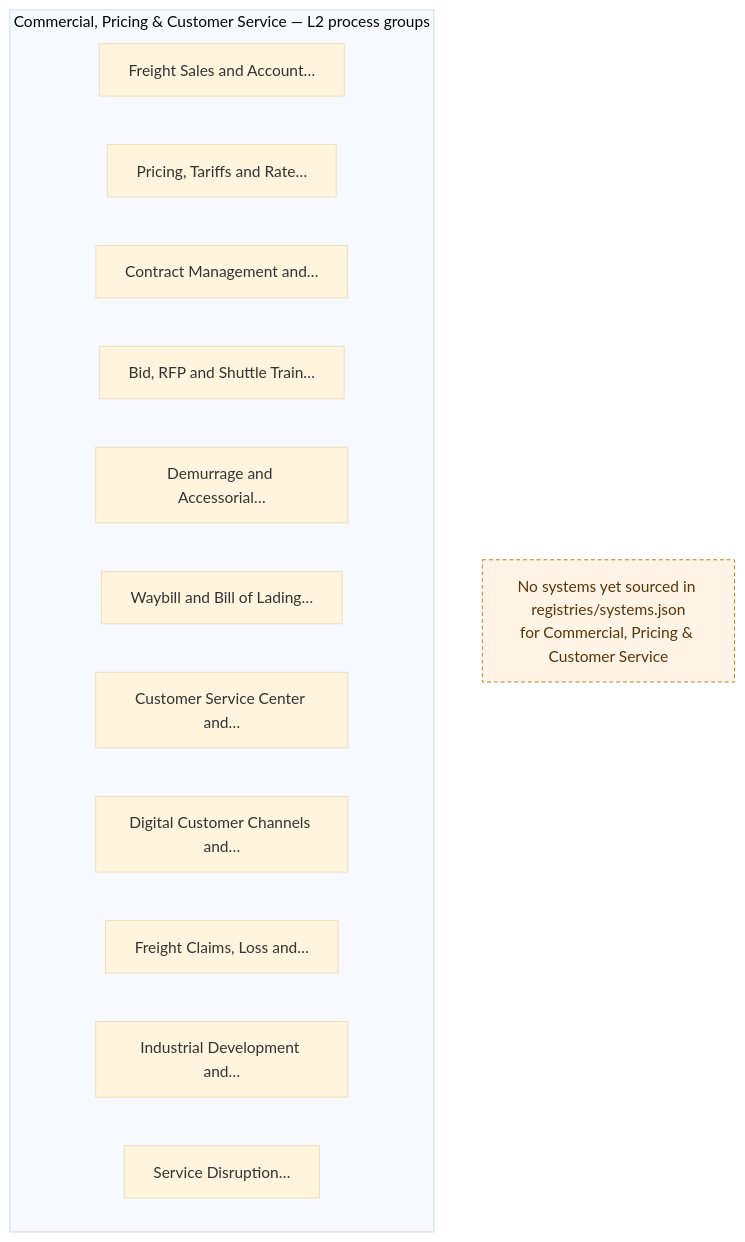
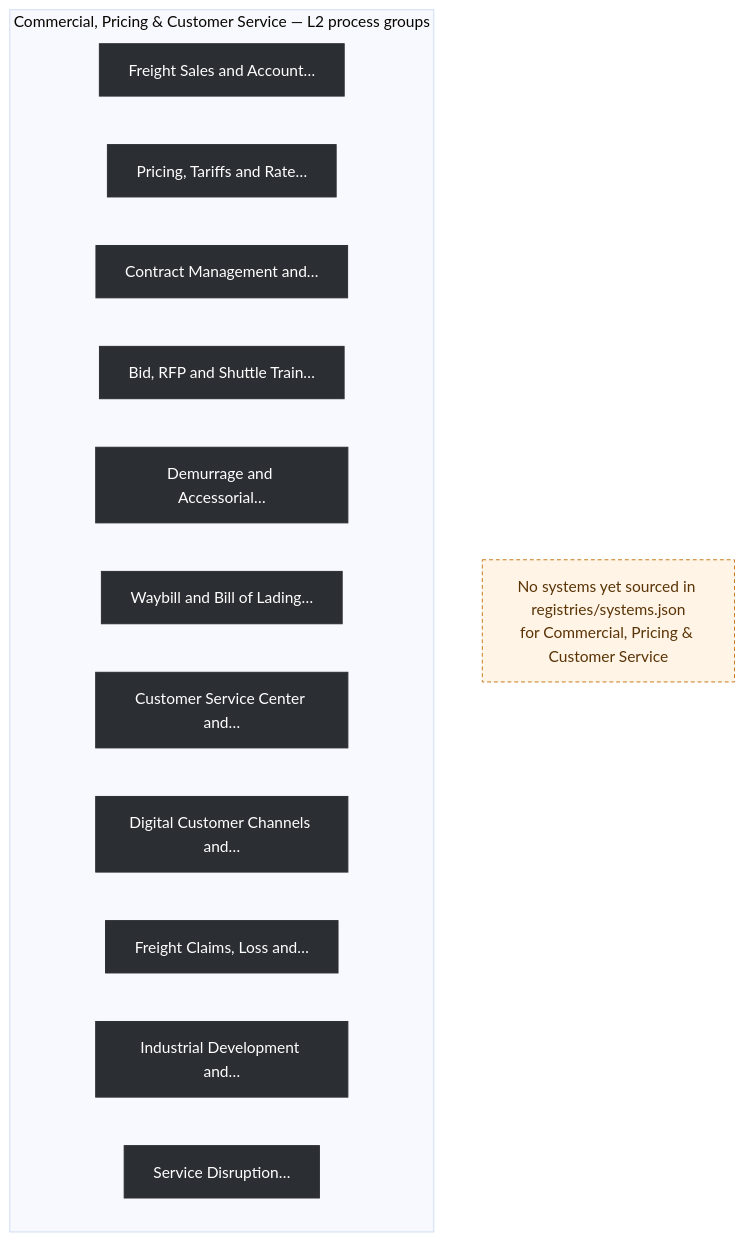
Before and after one commit to ghatk047/rail-wiki: the diagram in ea-diagrams/rr-10-commercial-pricing-customer-service.mmd, drawn with Mermaid. The commit also changed 474 other files, not shown here.

First line of the commit message:
Fix blurry lightbox zoom; add real usage connectors to EA diagrams

```diff
--- a/ea-diagrams/rr-10-commercial-pricing-customer-service.mmd
+++ b/ea-diagrams/rr-10-commercial-pricing-customer-service.mmd
@@ -1,24 +1,27 @@
 %%{init: {'flowchart': {'curve': 'basis'}, 'theme':'base'}}%%
 flowchart TB
 
   subgraph PROCS["Commercial, Pricing & Customer Service — L2 process groups"]
     direction LR
-    G1["Freight Sales and Account…"]
-    G2["Pricing, Tariffs and Rate…"]
-    G3["Contract Management and…"]
-    G4["Bid, RFP and Shuttle Train…"]
-    G5["Demurrage and Accessorial…"]
-    G6["Waybill and Bill of Lading…"]
-    G7["Customer Service Center and…"]
-    G8["Digital Customer Channels and…"]
-    G9["Freight Claims, Loss and…"]
-    G10["Industrial Development and…"]
-    G11["Service Disruption…"]
+    G1["Freight Sales and Account…"]:::l2
+    G2["Pricing, Tariffs and Rate…"]:::l2
+    G3["Contract Management and…"]:::l2
+    G4["Bid, RFP and Shuttle Train…"]:::l2
+    G5["Demurrage and Accessorial…"]:::l2
+    G6["Waybill and Bill of Lading…"]:::l2
+    G7["Customer Service Center and…"]:::l2
+    G8["Digital Customer Channels and…"]:::l2
+    G9["Freight Claims, Loss and…"]:::l2
+    G10["Industrial Development and…"]:::l2
+    G11["Service Disruption…"]:::l2
   end
 
   NONE["No systems yet sourced in registries/systems.json\nfor Commercial, Pricing & Customer Service"]:::empty
 
+  %% No generated process yet cites a system in this domain -- no usage edges to draw
+
+classDef l2 fill:#2b2e33,color:#fff,stroke:#2b2e33
 classDef company fill:#fdecd8,stroke:#c8791a,color:#5a3407
 classDef industry fill:#e6e9ec,stroke:#5c5f66,color:#2b2e33
 classDef other fill:#f2f2f0,stroke:#9a9da3,color:#3d4348
 classDef empty fill:#fff4e5,stroke:#c8791a,color:#5a3407,stroke-dasharray: 4 3
```
